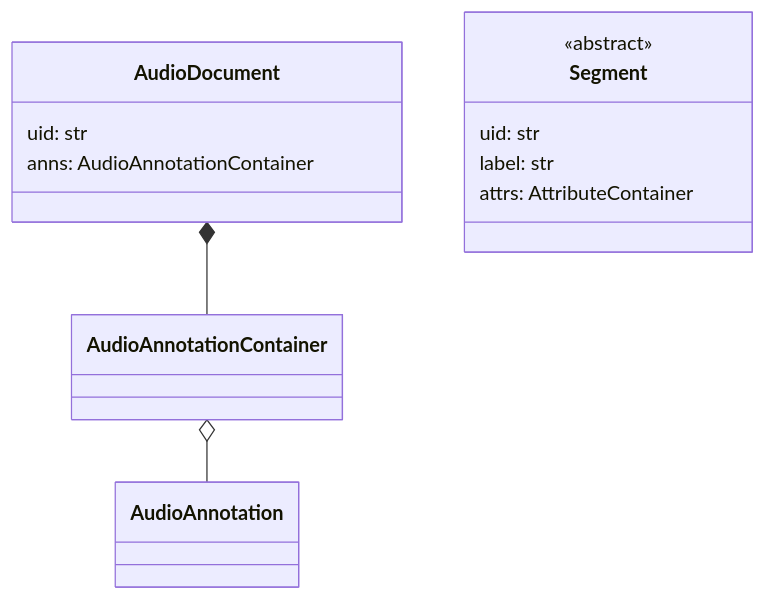
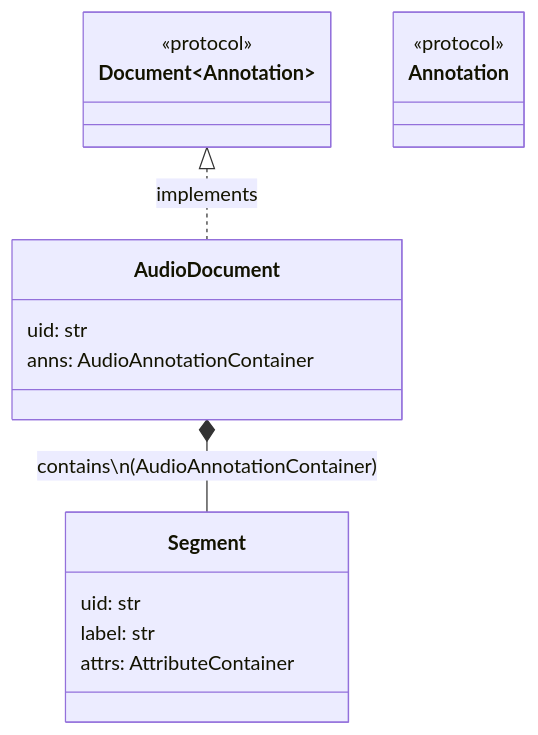
Before and after one commit to TeamHeka/medkit: the diagram in docs/api/core_audio.md, drawn with Mermaid. The commit also changed other lines of this file and 2 other files, not shown here.

````diff
--- a/docs/api/core_audio.md
+++ b/docs/api/core_audio.md
@@ -15,21 +13,25 @@
 ```{mermaid}
 :align: center
 :caption: Audio document and annotation hierarchy
 
 classDiagram
-    direction TD
+    direction TB
+    class Document~Annotation~{
+        <<protocol>>
+    }
+    class Annotation{
+        <<protocol>>
+    }
     class AudioDocument{
         uid: str
         anns: AudioAnnotationContainer
     }
-    class AudioAnnotationContainer{
-    }
-    class Segment{
-        <<abstract>>
+    class Segment {
         uid: str
         label: str
         attrs: AttributeContainer
     }
-    AudioDocument *-- AudioAnnotationContainer
-    AudioAnnotationContainer o-- AudioAnnotation
+    Document <|.. AudioDocument: implements
+    AudioDocument *-- Segment : contains\n(AudioAnnotationContainer)
+    
 ```
````
